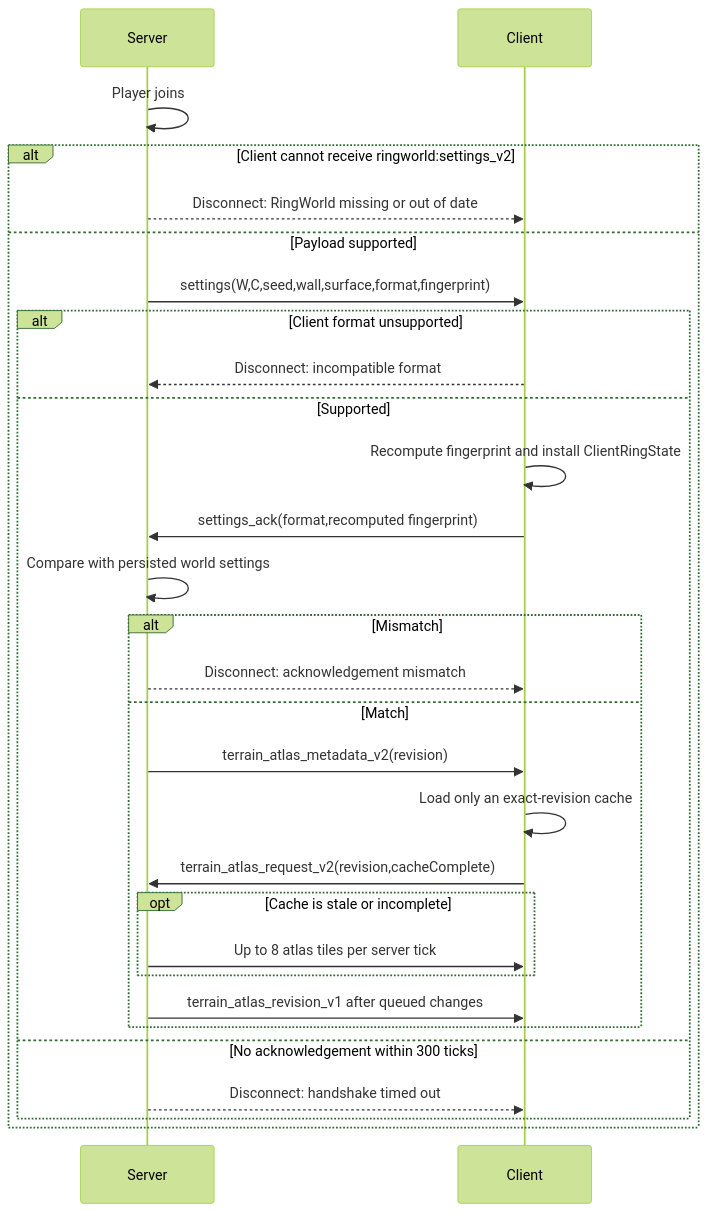
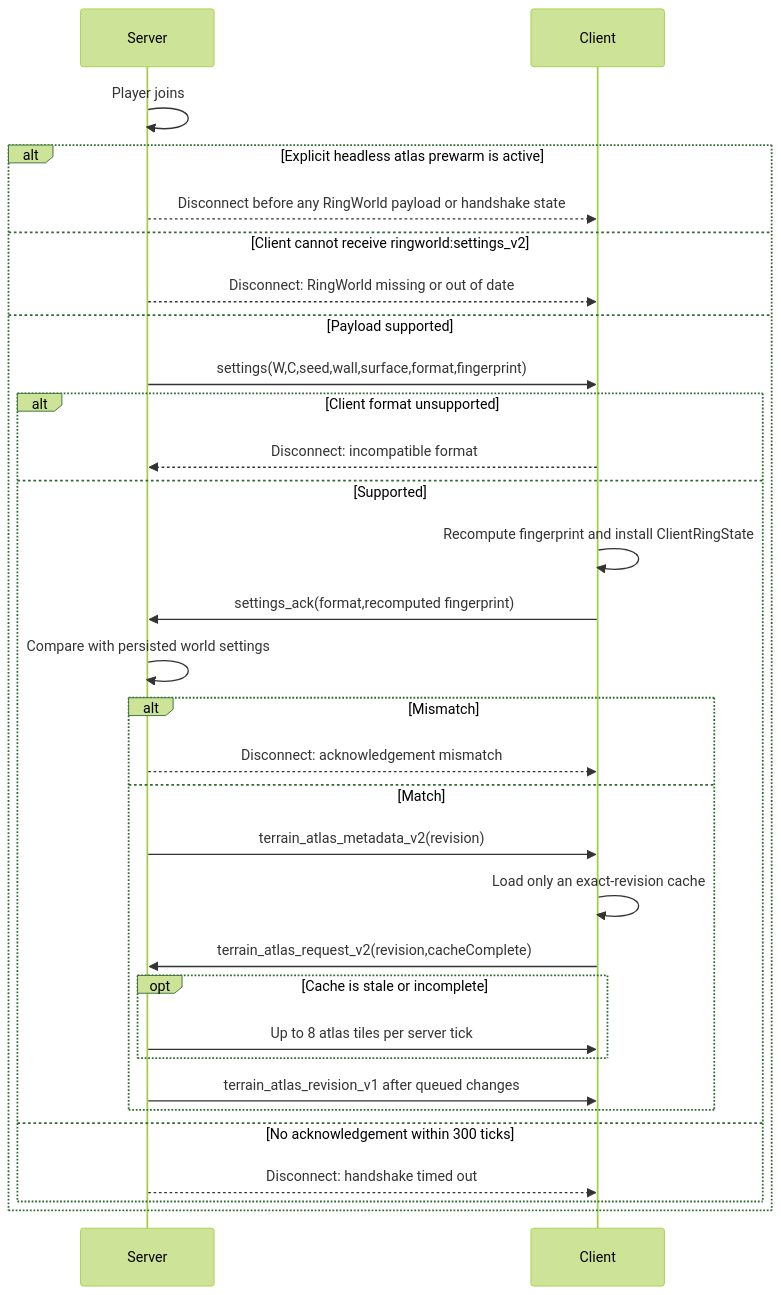
The diagram in docs/NETWORK_PROTOCOL.md (Delaser/RingWorld), drawn with Mermaid (forest theme) before and after one commit. The commit also changed other lines of this file and 57 other files, not shown here.

````diff
--- a/docs/NETWORK_PROTOCOL.md
+++ b/docs/NETWORK_PROTOCOL.md
@@ -44,31 +44,33 @@
 ```mermaid
 sequenceDiagram
     participant S as Server
     participant C as Client
     S->>S: Player joins
-    alt Client cannot receive ringworld:settings_v2
+    alt Explicit headless atlas prewarm is active
+        S-->>C: Disconnect before any RingWorld payload or handshake state
+    else Client cannot receive ringworld:settings_v2
         S-->>C: Disconnect: RingWorld missing or out of date
     else Payload supported
         S->>C: settings(W,C,seed,wall,surface,format,fingerprint)
         alt Client format unsupported
             C-->>S: Disconnect: incompatible format
         else Supported
             C->>C: Recompute fingerprint and install ClientRingState
             C->>S: settings_ack(format,recomputed fingerprint)
             S->>S: Compare with persisted world settings
             alt Mismatch
                 S-->>C: Disconnect: acknowledgement mismatch
             else Match
                 S->>C: terrain_atlas_metadata_v2(revision)
                 C->>C: Load only an exact-revision cache
                 C->>S: terrain_atlas_request_v2(revision,cacheComplete)
                 opt Cache is stale or incomplete
                     S->>C: Up to 8 atlas tiles per server tick
                 end
                 S->>C: terrain_atlas_revision_v1 after queued changes
             end
         else No acknowledgement within 300 ticks
             S-->>C: Disconnect: handshake timed out
         end
     end
 ```
````
